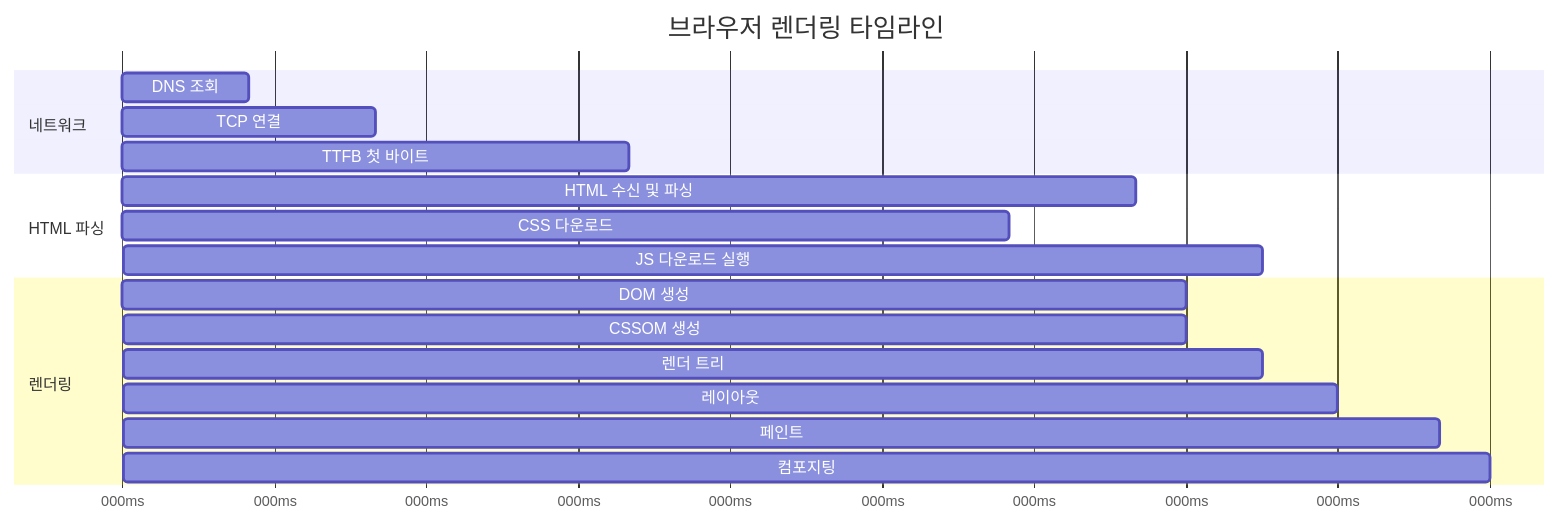
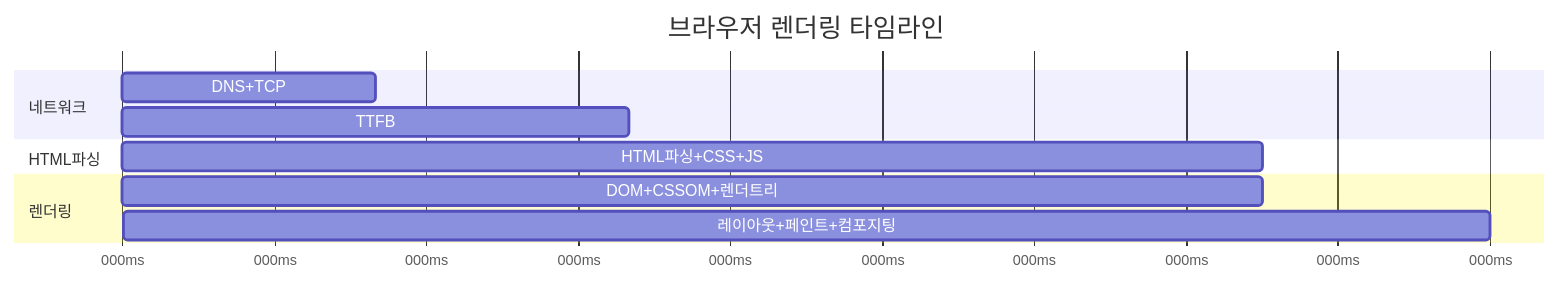
The eighth of 10 diagrams in _posts/frontend/2026-05-02-browser-rendering.md (yjkim2015/yjkim2015.github.io), drawn with Mermaid before and after one commit. The commit also changed other lines of this file and 215 other files, not shown here.

First line of the commit message:
신규 포스트 10개 추가 + Mermaid 전면 축소 + SystemDesign 시리즈 보강

````diff
--- a/_posts/frontend/2026-05-02-browser-rendering.md
+++ b/_posts/frontend/2026-05-02-browser-rendering.md
@@ -353,24 +315,14 @@
 ```mermaid
 gantt
     title 브라우저 렌더링 타임라인
     dateFormat X
     axisFormat %Lms
-
     section 네트워크
-    DNS 조회 :0, 50
-    TCP 연결 :50, 100
-    TTFB 첫 바이트 :100, 200
-
-    section HTML 파싱
-    HTML 수신 및 파싱 :200, 400
-    CSS 다운로드 :250, 350
-    JS 다운로드 실행 :300, 450
-
+    DNS+TCP :0, 100
+    TTFB :100, 200
+    section HTML파싱
+    HTML파싱+CSS+JS :200, 450
     section 렌더링
-    DOM 생성 :200, 420
-    CSSOM 생성 :350, 420
-    렌더 트리 :420, 450
-    레이아웃 :450, 480
-    페인트 :480, 520
-    컴포지팅 :520, 540
+    DOM+CSSOM+렌더트리 :200, 450
+    레이아웃+페인트+컴포지팅 :450, 540
 ```
````
